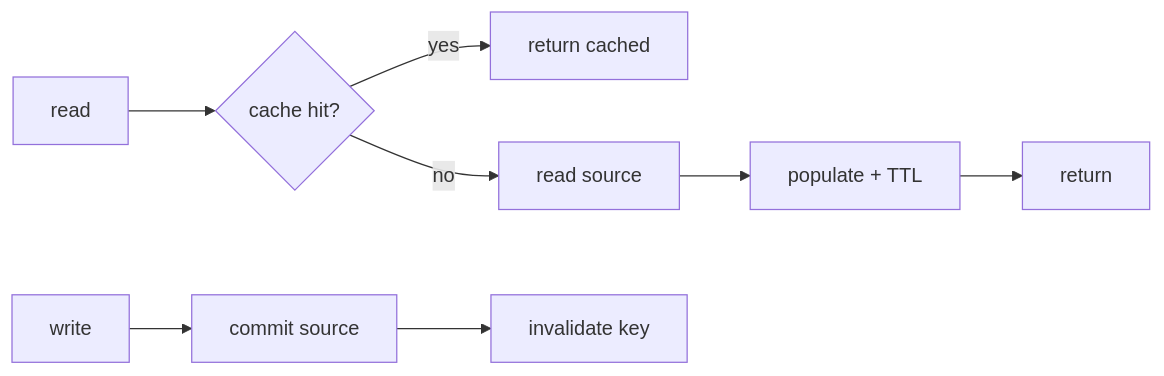
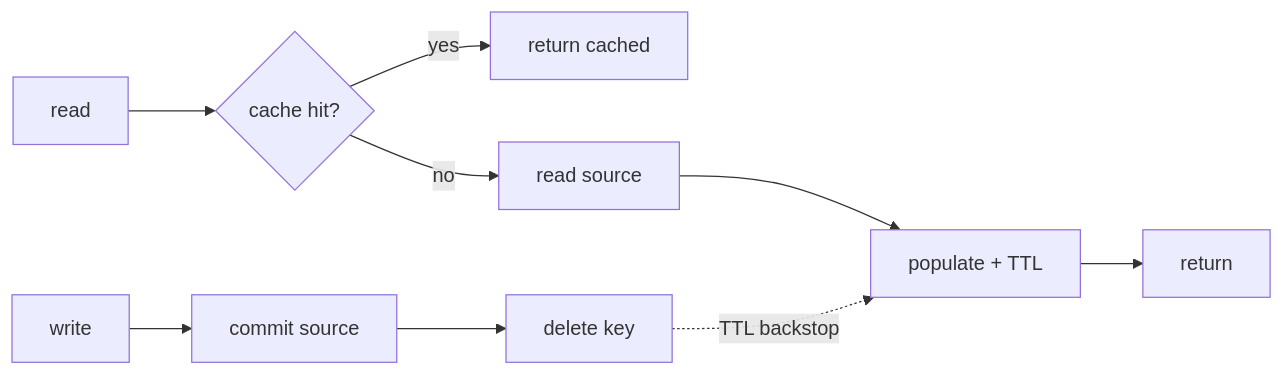
One commit to Sundeepg98/deepdive-rehearsal changed the diagram in src/topics-md/caching.md. Above: the diagram before and after it, drawn with Mermaid. The commit also changed other lines of this file and 41 other files, not shown here.

````diff
--- a/src/topics-md/caching.md
+++ b/src/topics-md/caching.md
@@ -249,10 +596,11 @@
 ```mermaid
 flowchart LR
   R[read] --> K{cache hit?}
   K -- yes --> H[return cached]
   K -- no --> S[read source]
   S --> P[populate + TTL]
   P --> V[return]
   W[write] --> C[commit source]
-  C --> I[invalidate key]
+  C --> I[delete key]
+  I -. TTL backstop .-> P
 ```
````
